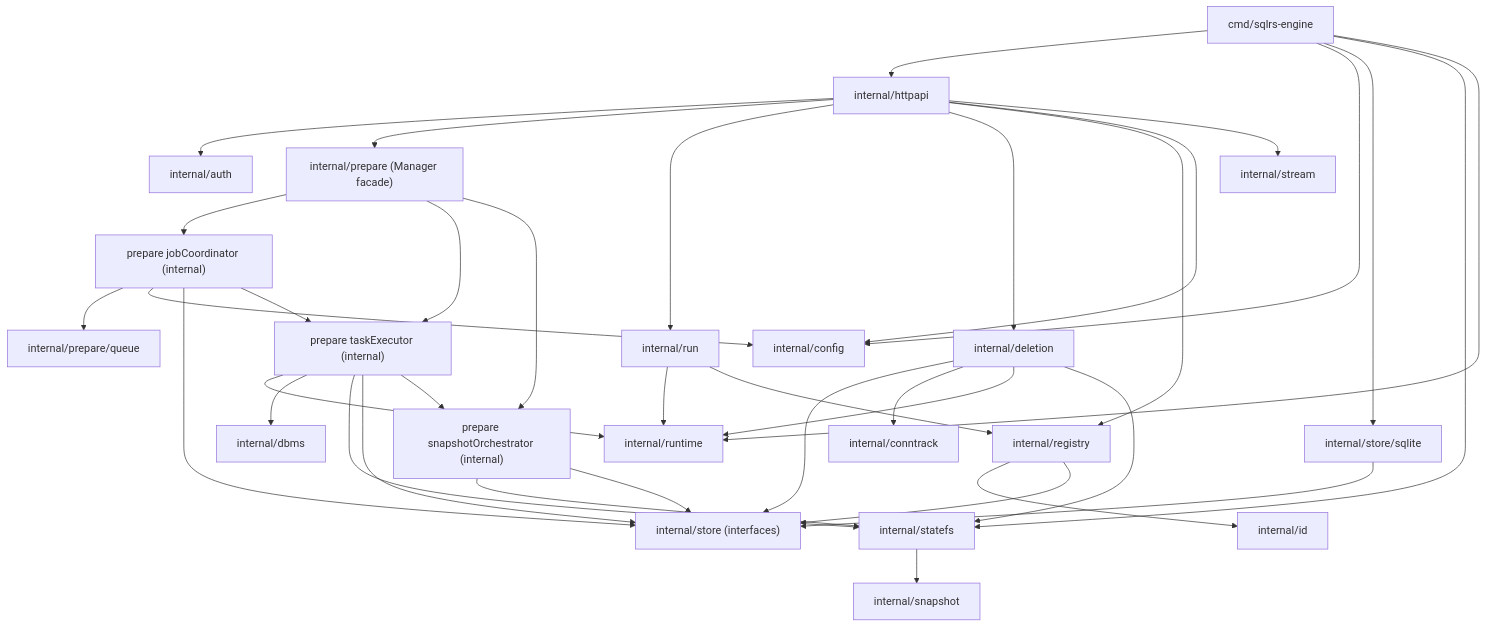
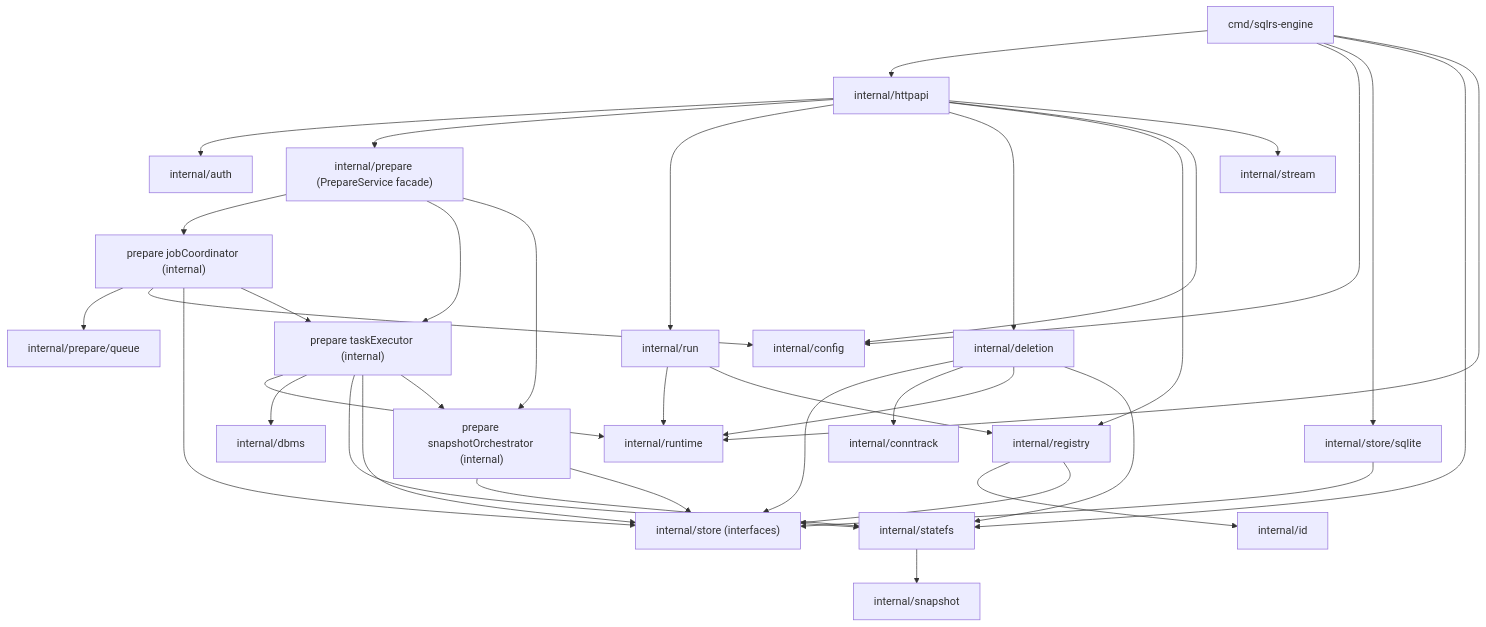
The diagram in docs/architecture/local-engine-component-structure.RU.md (kimak-irmagi/taidon), drawn with Mermaid before and after one commit. The commit also changed other lines of this file and 15 other files, not shown here.

Commit message:
Renaming prepare.Manager to PrepareService

````diff
--- a/docs/architecture/local-engine-component-structure.RU.md
+++ b/docs/architecture/local-engine-component-structure.RU.md
@@ -101,65 +101,65 @@
 ```mermaid
 flowchart TD
   CMD["cmd/sqlrs-engine"]
   HTTP["internal/httpapi"]
-  PREP["internal/prepare (Manager facade)"]
+  PREP["internal/prepare (PrepareService facade)"]
   PREP_COORD["prepare jobCoordinator (internal)"]
   PREP_EXEC["prepare taskExecutor (internal)"]
   PREP_SNAP["prepare snapshotOrchestrator (internal)"]
   QUEUE["internal/prepare/queue"]
   RUN["internal/run"]
   DEL["internal/deletion"]
   REG["internal/registry"]
   AUTH["internal/auth"]
   CFG["internal/config"]
   STORE["internal/store (interfaces)"]
   SQLITE["internal/store/sqlite"]
   STATEFS["internal/statefs"]
   SNAPSHOT["internal/snapshot"]
   RT["internal/runtime"]
   DBMS["internal/dbms"]
   CONN["internal/conntrack"]
   ID["internal/id"]
   STREAM["internal/stream"]
 
   CMD --> HTTP
   CMD --> CFG
   CMD --> SQLITE
   CMD --> STATEFS
   CMD --> RT
 
   HTTP --> AUTH
   HTTP --> PREP
   HTTP --> RUN
   HTTP --> DEL
   HTTP --> REG
   HTTP --> CFG
   HTTP --> STREAM
 
   PREP --> PREP_COORD
   PREP --> PREP_EXEC
   PREP --> PREP_SNAP
   PREP_COORD --> QUEUE
   PREP_COORD --> CFG
   PREP_COORD --> STORE
   PREP_COORD --> PREP_EXEC
   PREP_EXEC --> RT
   PREP_EXEC --> DBMS
   PREP_EXEC --> STATEFS
   PREP_EXEC --> STORE
   PREP_EXEC --> PREP_SNAP
   PREP_SNAP --> STATEFS
   PREP_SNAP --> STORE
 
   RUN --> RT
   RUN --> REG
   DEL --> STORE
   DEL --> CONN
   DEL --> RT
   DEL --> STATEFS
   REG --> ID
   REG --> STORE
 
   STATEFS --> SNAPSHOT
   SQLITE --> STORE
 ```
````
